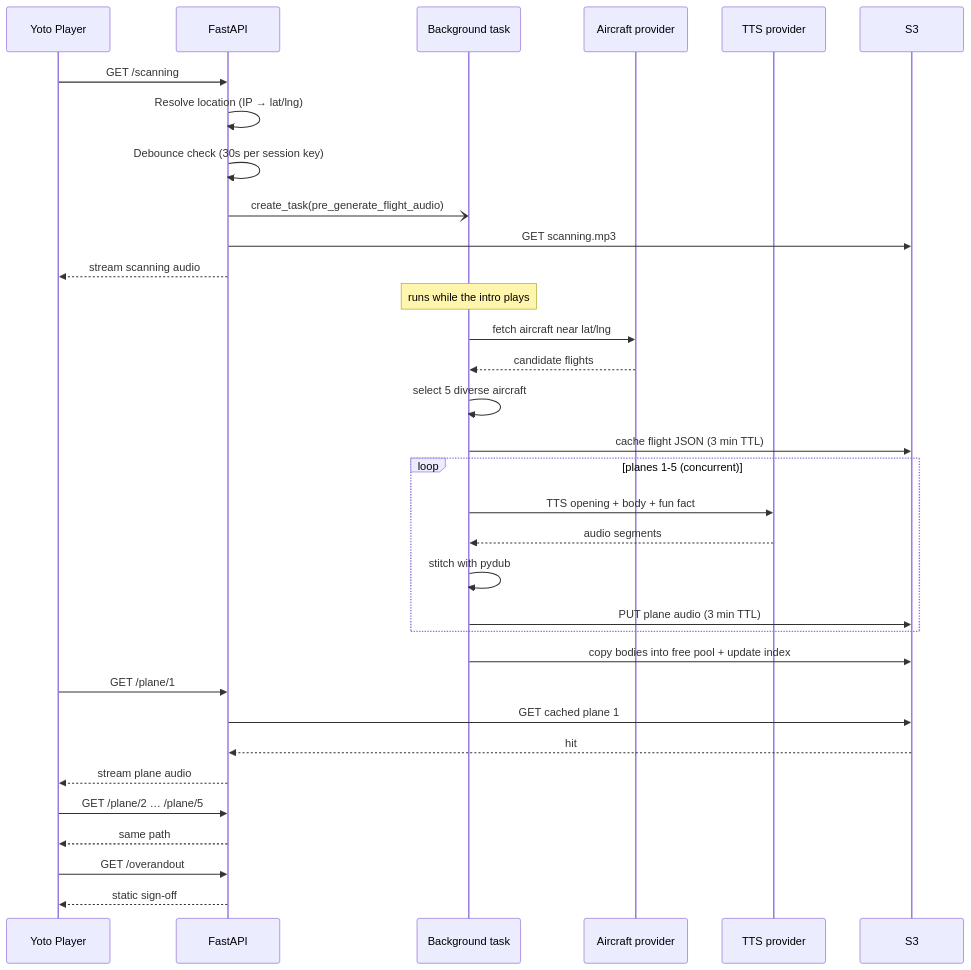
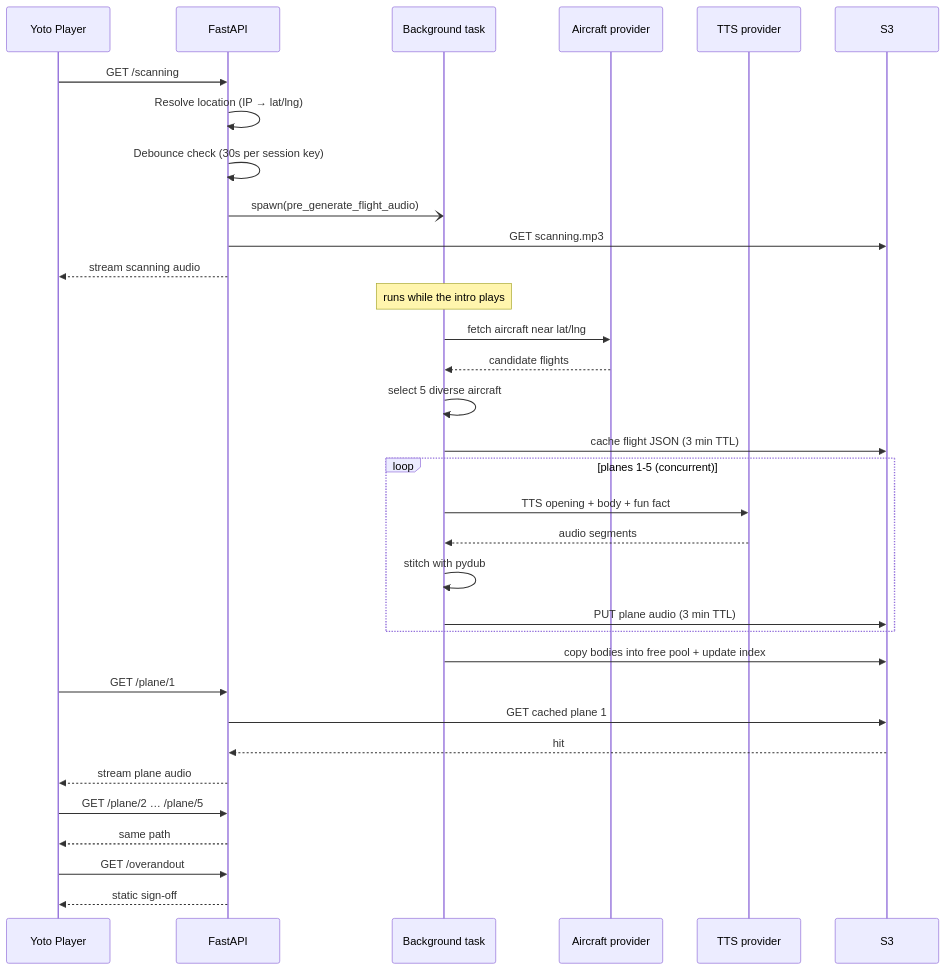
The second of 8 diagrams in docs/ARCHITECTURE.md (cjkm3rriman/dreaming-of-a-jet-plane), drawn with Mermaid before and after one commit. The commit also changed other lines of this file, not shown here.

````diff
--- a/docs/ARCHITECTURE.md
+++ b/docs/ARCHITECTURE.md
@@ -95,40 +96,40 @@
 ```mermaid
 sequenceDiagram
     participant Y as Yoto Player
     participant A as FastAPI
     participant BG as Background task
     participant P as Aircraft provider
     participant T as TTS provider
     participant S3 as S3
 
     Y->>A: GET /scanning
     A->>A: Resolve location (IP → lat/lng)
     A->>A: Debounce check (30s per session key)
-    A-)BG: create_task(pre_generate_flight_audio)
+    A-)BG: spawn(pre_generate_flight_audio)
     A->>S3: GET scanning.mp3
     A-->>Y: stream scanning audio
 
     Note over BG: runs while the intro plays
     BG->>P: fetch aircraft near lat/lng
     P-->>BG: candidate flights
     BG->>BG: select 5 diverse aircraft
     BG->>S3: cache flight JSON (3 min TTL)
     loop planes 1-5 (concurrent)
         BG->>T: TTS opening + body + fun fact
         T-->>BG: audio segments
         BG->>BG: stitch with pydub
         BG->>S3: PUT plane audio (3 min TTL)
     end
     BG->>S3: copy bodies into free pool + update index
 
     Y->>A: GET /plane/1
     A->>S3: GET cached plane 1
     S3-->>A: hit
     A-->>Y: stream plane audio
 
     Y->>A: GET /plane/2 … /plane/5
     A-->>Y: same path
 
     Y->>A: GET /overandout
     A-->>Y: static sign-off
 ```
````
